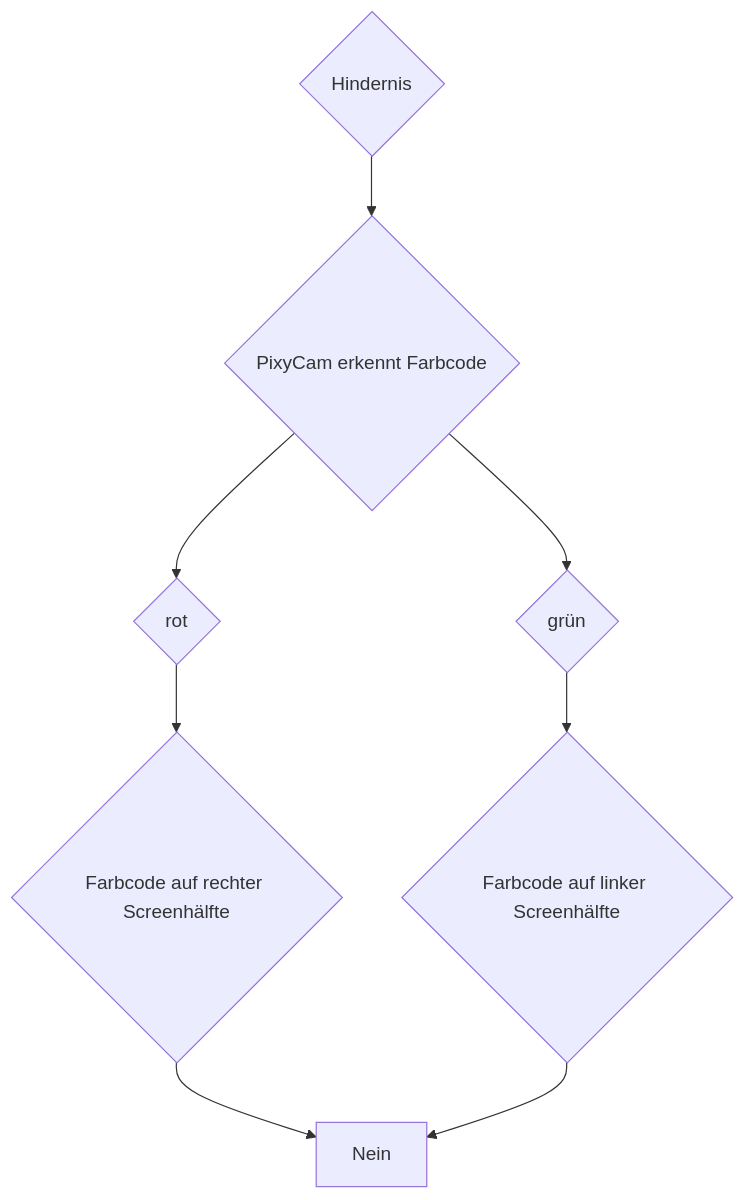
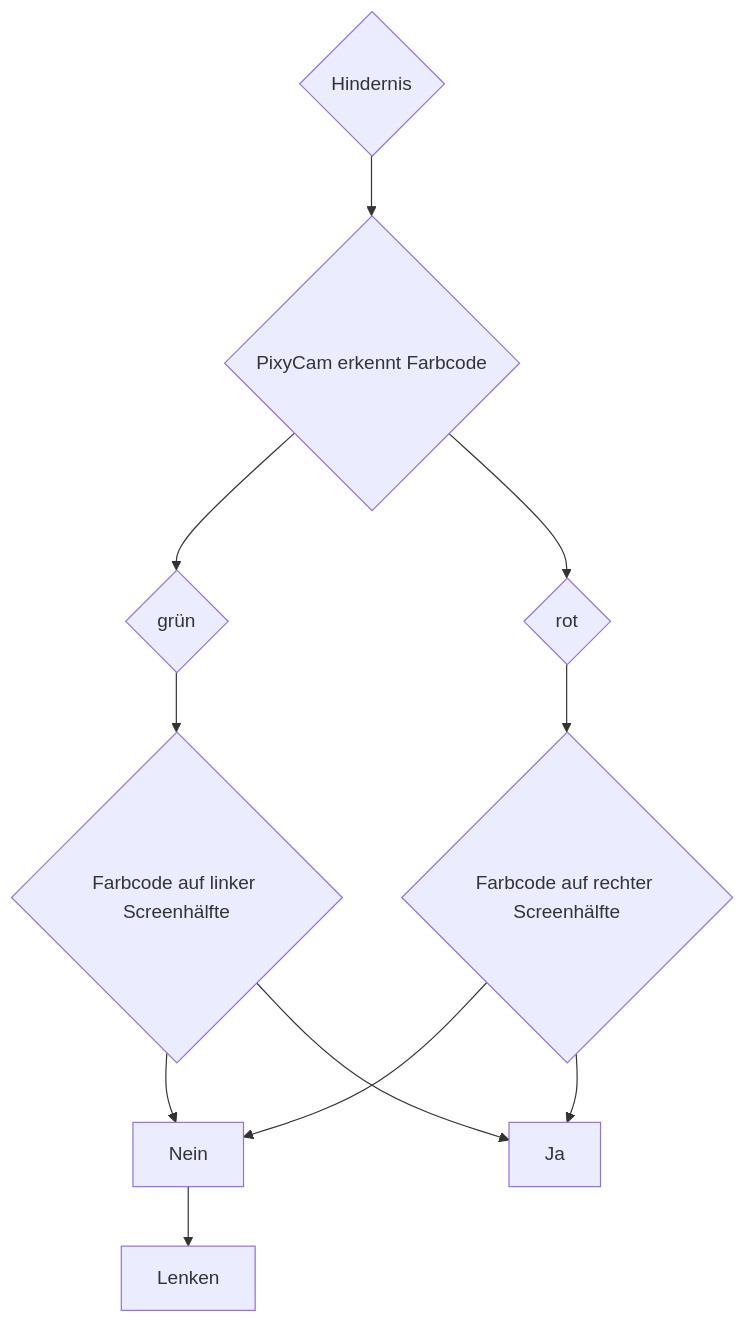
Before and after one commit to SchroedingersBit/PfortGTPanama: the diagram in Programme/Hindernisrennen/README.md, drawn with Mermaid.

````diff
--- a/Programme/Hindernisrennen/README.md
+++ b/Programme/Hindernisrennen/README.md
@@ -4,9 +4,10 @@
 ```mermaid
 graph TB;
 A{Hindernis} -->B{PixyCam erkennt Farbcode};
 B-->E{grün}-->C1{Farbcode auf linker Screenhälfte};
 B-->C{rot}-->C2{Farbcode auf rechter Screenhälfte};
-C2 --> Nein; 
-C1 --> Nein;
-
+C2 --> Nein; C1 --> Nein;
+Nein --> Lenken;
+C1 --> Ja;
+C2 --> Ja;
 ```
````
